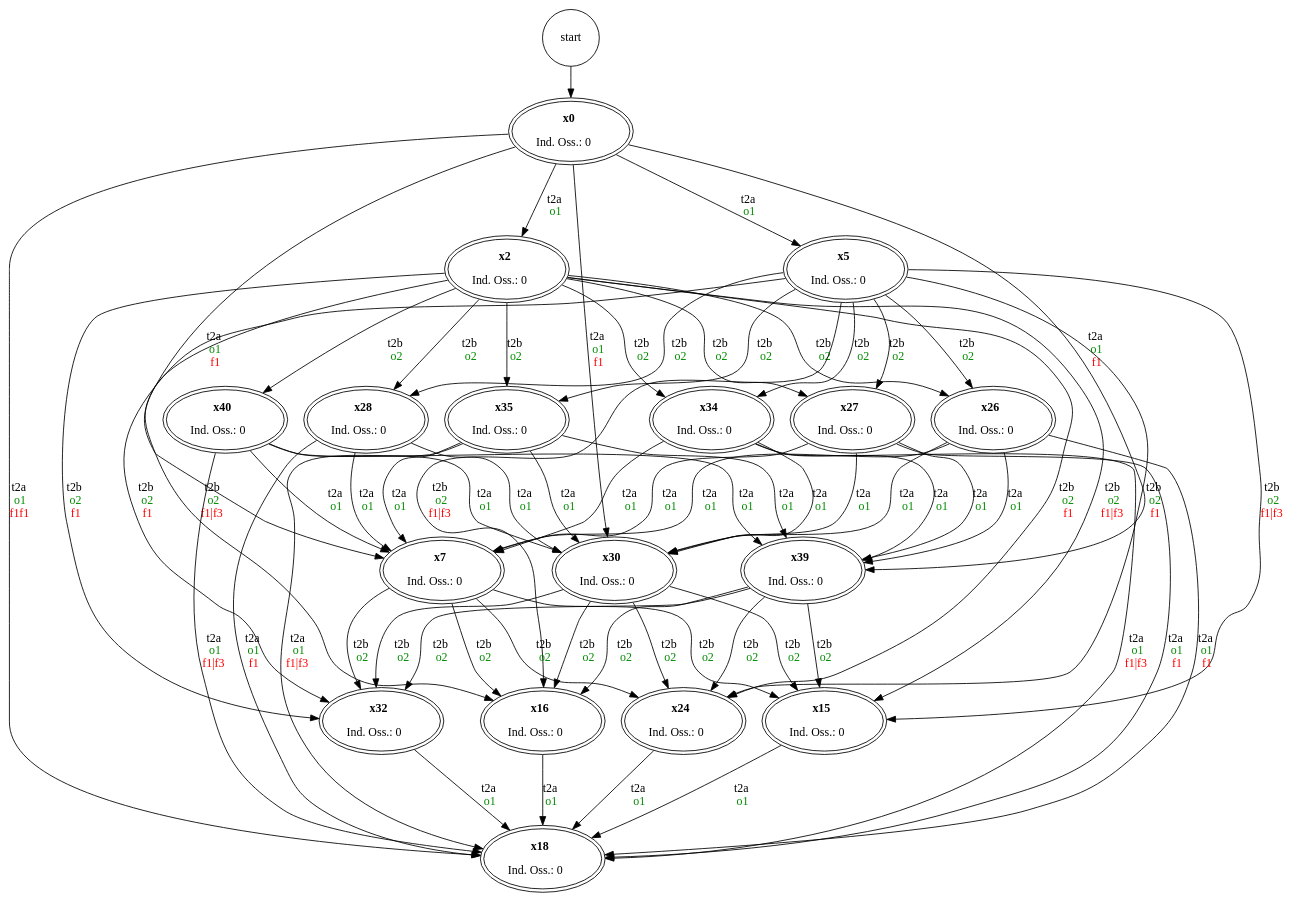
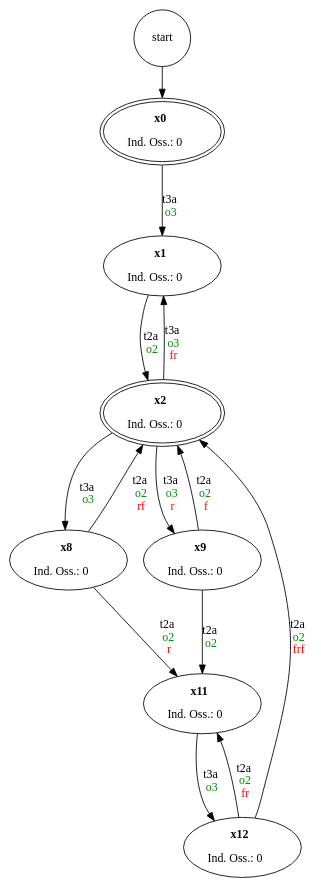
One commit to frashpikass/diagnosiRegex changed the diagram in outputs/001_D.gv. Above: the diagram before and after it, drawn with Graphviz. The commit also changed 87 other files, not shown here.

```diff
--- a/outputs/001_D.gv
+++ b/outputs/001_D.gv
@@ -1,88 +1,26 @@
 digraph SpazioComportamentale {
     // ARCHI
     start	->	nx0
-	nx0	->	nx2 [label=<<br/>t2a<br/><font color="green4">o1</font>>]
-	nx0	->	nx5 [label=<<br/>t2a<br/><font color="green4">o1</font>>]
-	nx0	->	nx7 [label=<<br/>t2a<br/><font color="green4">o1</font><br/><font color="red">f1</font>>]
-	nx0	->	nx30 [label=<<br/>t2a<br/><font color="green4">o1</font><br/><font color="red">f1</font>>]
-	nx0	->	nx18 [label=<<br/>t2a<br/><font color="green4">o1</font><br/><font color="red">f1f1</font>>]
-	nx0	->	nx39 [label=<<br/>t2a<br/><font color="green4">o1</font><br/><font color="red">f1</font>>]
-	nx2	->	nx15 [label=<<br/>t2b<br/><font color="green4">o2</font><br/><font color="red">f1|f3</font>>]
-	nx2	->	nx16 [label=<<br/>t2b<br/><font color="green4">o2</font><br/><font color="red">f1|f3</font>>]
-	nx2	->	nx24 [label=<<br/>t2b<br/><font color="green4">o2</font><br/><font color="red">f1</font>>]
-	nx2	->	nx26 [label=<<br/>t2b<br/><font color="green4">o2</font>>]
-	nx2	->	nx27 [label=<<br/>t2b<br/><font color="green4">o2</font>>]
-	nx2	->	nx28 [label=<<br/>t2b<br/><font color="green4">o2</font>>]
-	nx2	->	nx32 [label=<<br/>t2b<br/><font color="green4">o2</font><br/><font color="red">f1</font>>]
-	nx2	->	nx34 [label=<<br/>t2b<br/><font color="green4">o2</font>>]
-	nx2	->	nx35 [label=<<br/>t2b<br/><font color="green4">o2</font>>]
-	nx2	->	nx40 [label=<<br/>t2b<br/><font color="green4">o2</font>>]
-	nx39	->	nx15 [label=<<br/>t2b<br/><font color="green4">o2</font>>]
-	nx39	->	nx16 [label=<<br/>t2b<br/><font color="green4">o2</font>>]
-	nx39	->	nx24 [label=<<br/>t2b<br/><font color="green4">o2</font>>]
-	nx39	->	nx32 [label=<<br/>t2b<br/><font color="green4">o2</font>>]
-	nx5	->	nx15 [label=<<br/>t2b<br/><font color="green4">o2</font><br/><font color="red">f1|f3</font>>]
-	nx5	->	nx16 [label=<<br/>t2b<br/><font color="green4">o2</font><br/><font color="red">f1|f3</font>>]
-	nx5	->	nx24 [label=<<br/>t2b<br/><font color="green4">o2</font><br/><font color="red">f1</font>>]
-	nx5	->	nx26 [label=<<br/>t2b<br/><font color="green4">o2</font>>]
-	nx5	->	nx27 [label=<<br/>t2b<br/><font color="green4">o2</font>>]
-	nx5	->	nx28 [label=<<br/>t2b<br/><font color="green4">o2</font>>]
-	nx5	->	nx32 [label=<<br/>t2b<br/><font color="green4">o2</font><br/><font color="red">f1</font>>]
-	nx5	->	nx34 [label=<<br/>t2b<br/><font color="green4">o2</font>>]
-	nx5	->	nx35 [label=<<br/>t2b<br/><font color="green4">o2</font>>]
-	nx7	->	nx15 [label=<<br/>t2b<br/><font color="green4">o2</font>>]
-	nx7	->	nx16 [label=<<br/>t2b<br/><font color="green4">o2</font>>]
-	nx7	->	nx24 [label=<<br/>t2b<br/><font color="green4">o2</font>>]
-	nx7	->	nx32 [label=<<br/>t2b<br/><font color="green4">o2</font>>]
-	nx34	->	nx18 [label=<<br/>t2a<br/><font color="green4">o1</font><br/><font color="red">f1|f3</font>>]
-	nx34	->	nx7 [label=<<br/>t2a<br/><font color="green4">o1</font>>]
-	nx34	->	nx30 [label=<<br/>t2a<br/><font color="green4">o1</font>>]
-	nx34	->	nx39 [label=<<br/>t2a<br/><font color="green4">o1</font>>]
-	nx15	->	nx18 [label=<<br/>t2a<br/><font color="green4">o1</font>>]
-	nx16	->	nx18 [label=<<br/>t2a<br/><font color="green4">o1</font>>]
-	nx26	->	nx18 [label=<<br/>t2a<br/><font color="green4">o1</font><br/><font color="red">f1</font>>]
-	nx26	->	nx7 [label=<<br/>t2a<br/><font color="green4">o1</font>>]
-	nx26	->	nx30 [label=<<br/>t2a<br/><font color="green4">o1</font>>]
-	nx26	->	nx39 [label=<<br/>t2a<br/><font color="green4">o1</font>>]
-	nx24	->	nx18 [label=<<br/>t2a<br/><font color="green4">o1</font>>]
-	nx27	->	nx18 [label=<<br/>t2a<br/><font color="green4">o1</font><br/><font color="red">f1</font>>]
-	nx27	->	nx7 [label=<<br/>t2a<br/><font color="green4">o1</font>>]
-	nx27	->	nx30 [label=<<br/>t2a<br/><font color="green4">o1</font>>]
-	nx27	->	nx39 [label=<<br/>t2a<br/><font color="green4">o1</font>>]
-	nx28	->	nx18 [label=<<br/>t2a<br/><font color="green4">o1</font><br/><font color="red">f1</font>>]
-	nx28	->	nx7 [label=<<br/>t2a<br/><font color="green4">o1</font>>]
-	nx28	->	nx30 [label=<<br/>t2a<br/><font color="green4">o1</font>>]
-	nx32	->	nx18 [label=<<br/>t2a<br/><font color="green4">o1</font>>]
-	nx35	->	nx18 [label=<<br/>t2a<br/><font color="green4">o1</font><br/><font color="red">f1|f3</font>>]
-	nx35	->	nx7 [label=<<br/>t2a<br/><font color="green4">o1</font>>]
-	nx35	->	nx30 [label=<<br/>t2a<br/><font color="green4">o1</font>>]
-	nx35	->	nx39 [label=<<br/>t2a<br/><font color="green4">o1</font>>]
-	nx30	->	nx15 [label=<<br/>t2b<br/><font color="green4">o2</font>>]
-	nx30	->	nx16 [label=<<br/>t2b<br/><font color="green4">o2</font>>]
-	nx30	->	nx24 [label=<<br/>t2b<br/><font color="green4">o2</font>>]
-	nx30	->	nx32 [label=<<br/>t2b<br/><font color="green4">o2</font>>]
-	nx40	->	nx18 [label=<<br/>t2a<br/><font color="green4">o1</font><br/><font color="red">f1|f3</font>>]
-	nx40	->	nx7 [label=<<br/>t2a<br/><font color="green4">o1</font>>]
-	nx40	->	nx30 [label=<<br/>t2a<br/><font color="green4">o1</font>>]
-	nx40	->	nx39 [label=<<br/>t2a<br/><font color="green4">o1</font>>]
+	nx0	->	nx1 [label=<<br/>t3a<br/><font color="green4">o3</font>>]
+	nx1	->	nx2 [label=<<br/>t2a<br/><font color="green4">o2</font>>]
+	nx2	->	nx1 [label=<<br/>t3a<br/><font color="green4">o3</font><br/><font color="red">fr</font>>]
+	nx2	->	nx8 [label=<<br/>t3a<br/><font color="green4">o3</font>>]
+	nx2	->	nx9 [label=<<br/>t3a<br/><font color="green4">o3</font><br/><font color="red">r</font>>]
+	nx8	->	nx2 [label=<<br/>t2a<br/><font color="green4">o2</font><br/><font color="red">rf</font>>]
+	nx8	->	nx11 [label=<<br/>t2a<br/><font color="green4">o2</font><br/><font color="red">r</font>>]
+	nx9	->	nx2 [label=<<br/>t2a<br/><font color="green4">o2</font><br/><font color="red">f</font>>]
+	nx9	->	nx11 [label=<<br/>t2a<br/><font color="green4">o2</font>>]
+	nx11	->	nx12 [label=<<br/>t3a<br/><font color="green4">o3</font>>]
+	nx12	->	nx2 [label=<<br/>t2a<br/><font color="green4">o2</font><br/><font color="red">frf</font>>]
+	nx12	->	nx11 [label=<<br/>t2a<br/><font color="green4">o2</font><br/><font color="red">fr</font>>]
 
     // NODI
     start[shape="circle"]
 	nx0 [label=<<b>x0</b><br/> <br/>Ind. Oss.: 0> peripheries=2]
+	nx1 [label=<<b>x1</b><br/> <br/>Ind. Oss.: 0>]
 	nx2 [label=<<b>x2</b><br/> <br/>Ind. Oss.: 0> peripheries=2]
-	nx39 [label=<<b>x39</b><br/> <br/>Ind. Oss.: 0> peripheries=2]
-	nx5 [label=<<b>x5</b><br/> <br/>Ind. Oss.: 0> peripheries=2]
-	nx7 [label=<<b>x7</b><br/> <br/>Ind. Oss.: 0> peripheries=2]
-	nx34 [label=<<b>x34</b><br/> <br/>Ind. Oss.: 0> peripheries=2]
-	nx15 [label=<<b>x15</b><br/> <br/>Ind. Oss.: 0> peripheries=2]
-	nx16 [label=<<b>x16</b><br/> <br/>Ind. Oss.: 0> peripheries=2]
-	nx18 [label=<<b>x18</b><br/> <br/>Ind. Oss.: 0> peripheries=2]
-	nx26 [label=<<b>x26</b><br/> <br/>Ind. Oss.: 0> peripheries=2]
-	nx24 [label=<<b>x24</b><br/> <br/>Ind. Oss.: 0> peripheries=2]
-	nx27 [label=<<b>x27</b><br/> <br/>Ind. Oss.: 0> peripheries=2]
-	nx28 [label=<<b>x28</b><br/> <br/>Ind. Oss.: 0> peripheries=2]
-	nx32 [label=<<b>x32</b><br/> <br/>Ind. Oss.: 0> peripheries=2]
-	nx35 [label=<<b>x35</b><br/> <br/>Ind. Oss.: 0> peripheries=2]
-	nx30 [label=<<b>x30</b><br/> <br/>Ind. Oss.: 0> peripheries=2]
-	nx40 [label=<<b>x40</b><br/> <br/>Ind. Oss.: 0> peripheries=2]
+	nx8 [label=<<b>x8</b><br/> <br/>Ind. Oss.: 0>]
+	nx9 [label=<<b>x9</b><br/> <br/>Ind. Oss.: 0>]
+	nx11 [label=<<b>x11</b><br/> <br/>Ind. Oss.: 0>]
+	nx12 [label=<<b>x12</b><br/> <br/>Ind. Oss.: 0>]
 }
```
